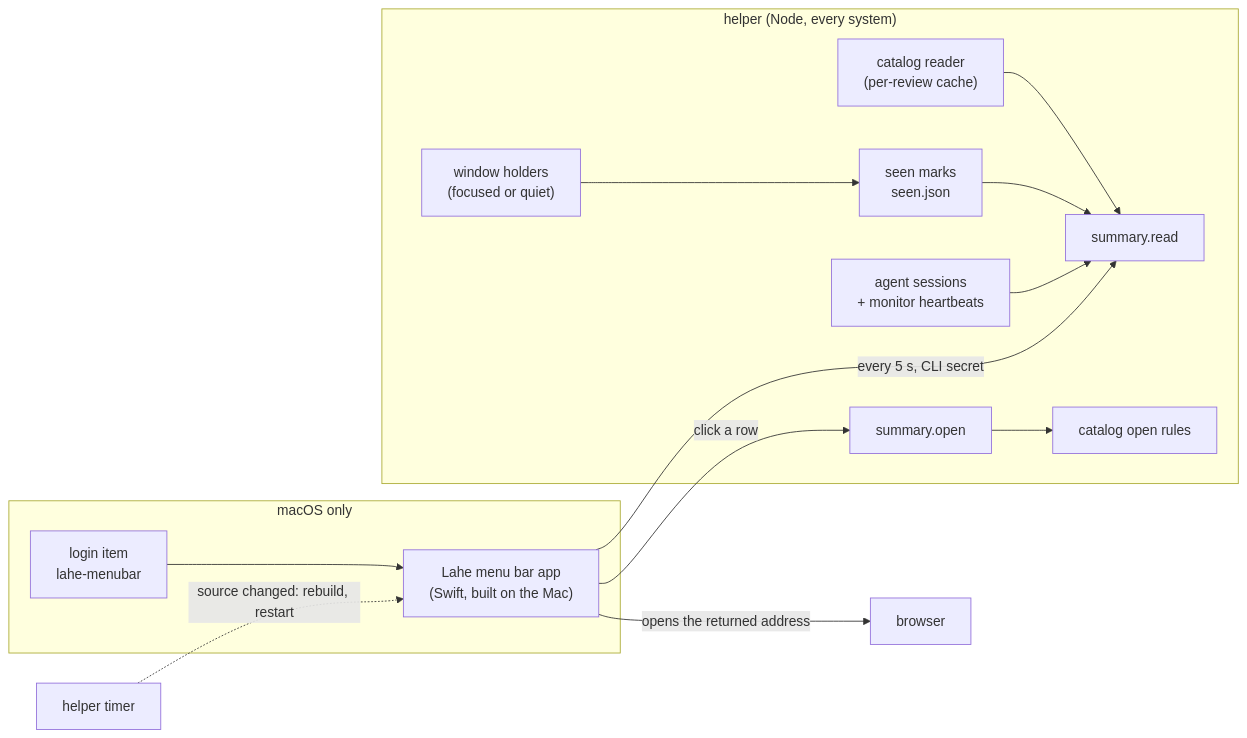
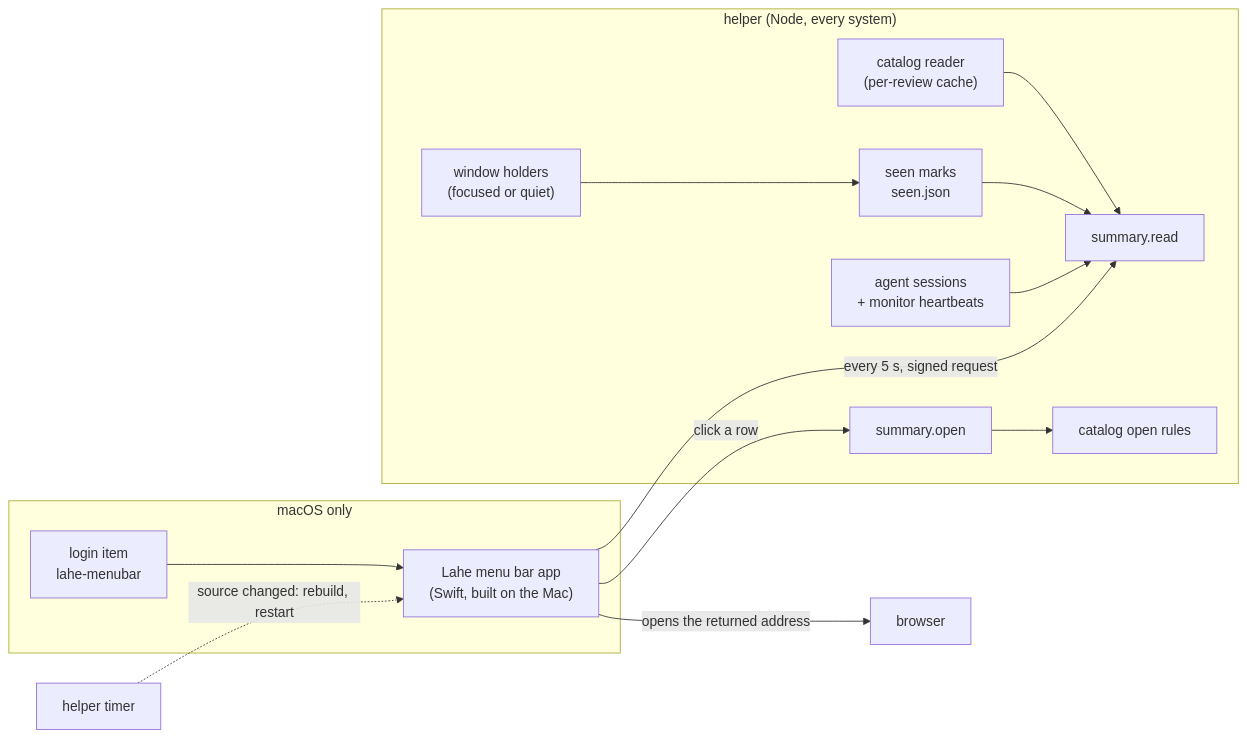
One commit to kenxle/live-agentic-html-editor changed the first of 4 diagrams in docs/features/20261012.01_menu_bar_app/02_architecture_menu_bar_app.md. Above: the diagram before and after it, drawn with Mermaid. The commit also changed other lines of this file and 7 other files, not shown here.

Commit message:
Menu bar app: security review integrated (signed requests, page bounds, narrow allowlist)

````diff
--- a/docs/features/20261012.01_menu_bar_app/02_architecture_menu_bar_app.md
+++ b/docs/features/20261012.01_menu_bar_app/02_architecture_menu_bar_app.md
@@ -7,19 +7,19 @@
 ```mermaid
 flowchart LR
     subgraph Core["helper (Node, every system)"]
         Reader["catalog reader<br/>(per-review cache)"] --> Summary["summary.read"]
         Windows["window holders<br/>(focused or quiet)"] --> Seen["seen marks<br/>seen.json"]
         Seen --> Summary
         Sessions["agent sessions<br/>+ monitor heartbeats"] --> Summary
         OpenRoute["summary.open"] --> Actions["catalog open rules"]
     end
     subgraph Mac["macOS only"]
         App["Lahe menu bar app<br/>(Swift, built on the Mac)"]
         Item["login item<br/>lahe-menubar"]
     end
-    App -->|"every 5 s, CLI secret"| Summary
+    App -->|"every 5 s, signed request"| Summary
     App -->|"click a row"| OpenRoute
     App -->|"opens the returned address"| Browser["browser"]
     Item --> App
     Helper2["helper timer"] -.->|"source changed: rebuild, restart"| App
 ```
````
